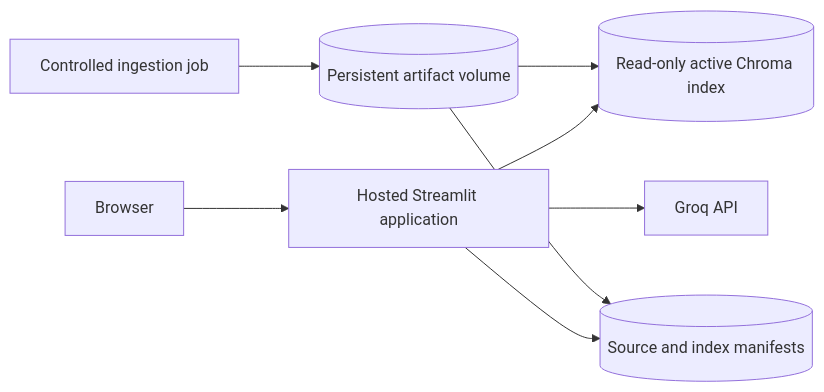
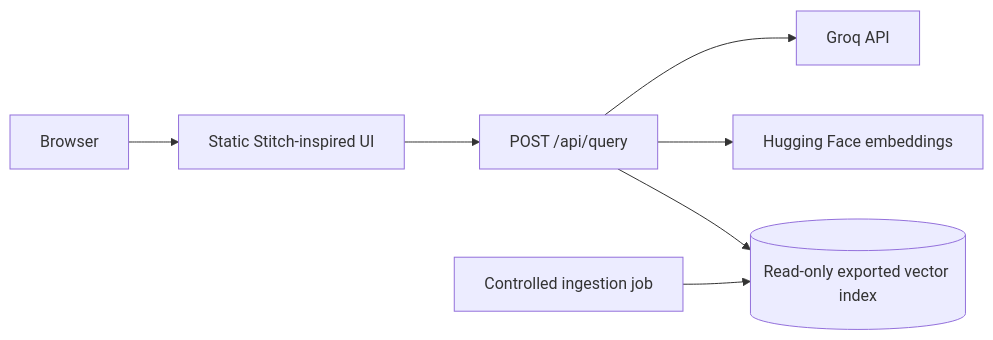
The fifth of 5 diagrams in architecture.md (GaurangVaidya29/Grow-Chatbot), drawn with Mermaid before and after one commit. The commit also changed other lines of this file and 12 other files, not shown here.

Commit message:
Add Stitch-inspired Groww facts UI

````diff
--- a/architecture.md
+++ b/architecture.md
@@ -1002,10 +1000,9 @@
 ```mermaid
 flowchart LR
-    B[Browser] --> A[Hosted Streamlit application]
-    A --> V[(Read-only active Chroma index)]
-    A --> M[(Source and index manifests)]
+    B[Browser] --> S[Static Stitch-inspired UI]
+    S --> A[POST /api/query]
+    A --> V[(Read-only exported vector index)]
+    A --> H[Hugging Face embeddings]
     A --> G[Groq API]
-    S[Controlled ingestion job] --> P[(Persistent artifact volume)]
-    P --> V
-    P --> M
+    J[Controlled ingestion job] --> V
 ```
````
